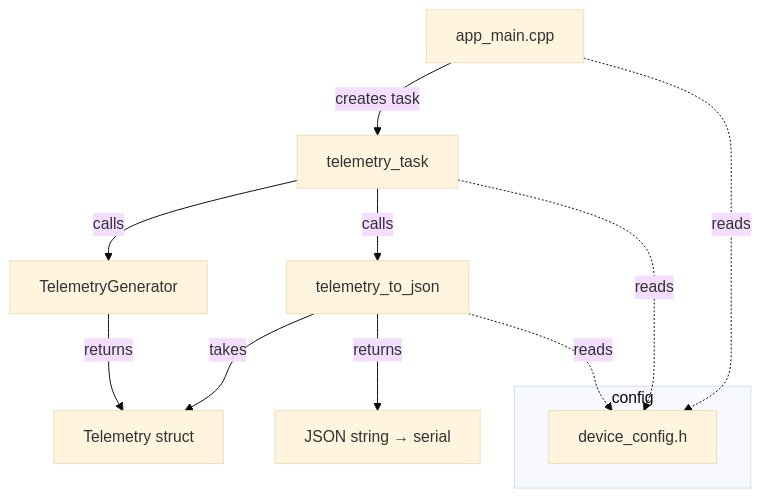
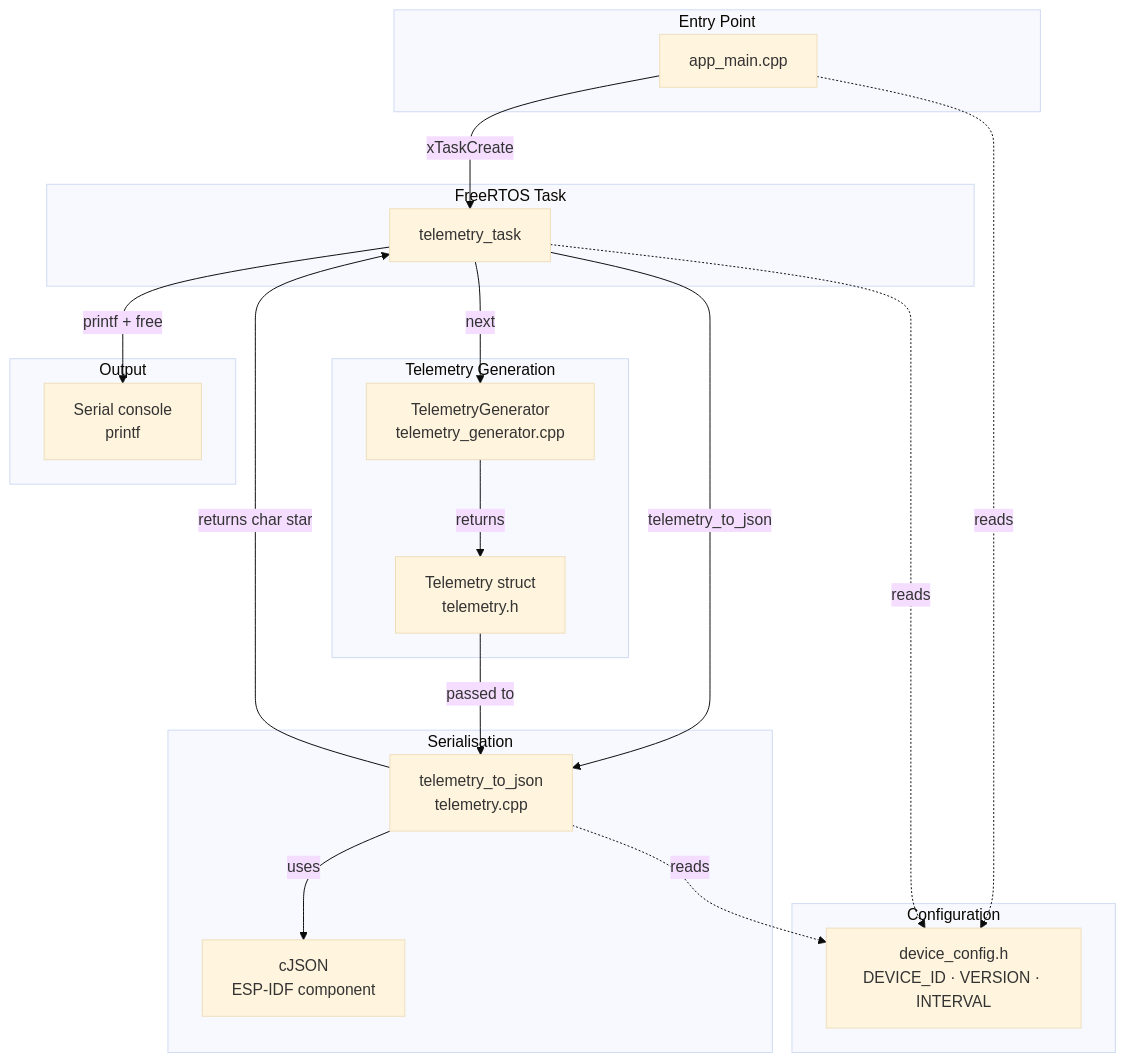
One commit to IoTEdgeConnect/firmware changed the first of 4 diagrams in docs/architecture.md. Above: the diagram before and after it, drawn with Mermaid (base theme). The commit also changed other lines of this file and 4 other files, not shown here.

````diff
--- a/docs/architecture.md
+++ b/docs/architecture.md
@@ -16,17 +30,41 @@
 ```mermaid
 graph TD
-    A[app_main.cpp] -->|creates task| B[telemetry_task]
-    B -->|calls| C[TelemetryGenerator]
-    B -->|calls| D[telemetry_to_json]
-    C -->|returns| E[Telemetry struct]
-    D -->|takes| E
-    D -->|returns| F[JSON string → serial]
-
-    subgraph config
-        G[device_config.h]
+    subgraph entry [Entry Point]
+        APP[app_main.cpp]
     end
 
-    A -.->|reads| G
-    B -.->|reads| G
-    D -.->|reads| G
+    subgraph task [FreeRTOS Task]
+        TASK[telemetry_task]
+    end
+
+    subgraph generation [Telemetry Generation]
+        GEN[TelemetryGenerator\ntelemetry_generator.cpp]
+        STRUCT[Telemetry struct\ntelemetry.h]
+    end
+
+    subgraph serialisation [Serialisation]
+        SER[telemetry_to_json\ntelemetry.cpp]
+        CJSON[cJSON\nESP-IDF component]
+    end
+
+    subgraph config [Configuration]
+        CFG[device_config.h\nDEVICE_ID · VERSION · INTERVAL]
+    end
+
+    subgraph output [Output]
+        UART[Serial console\nprintf]
+    end
+
+    APP -->|xTaskCreate| TASK
+    TASK -->|next| GEN
+    GEN -->|returns| STRUCT
+    TASK -->|telemetry_to_json| SER
+    STRUCT -->|passed to| SER
+    SER -->|uses| CJSON
+    SER -->|returns char star| TASK
+    TASK -->|printf + free| UART
+
+    APP -.->|reads| CFG
+    TASK -.->|reads| CFG
+    SER -.->|reads| CFG
 ```
````
